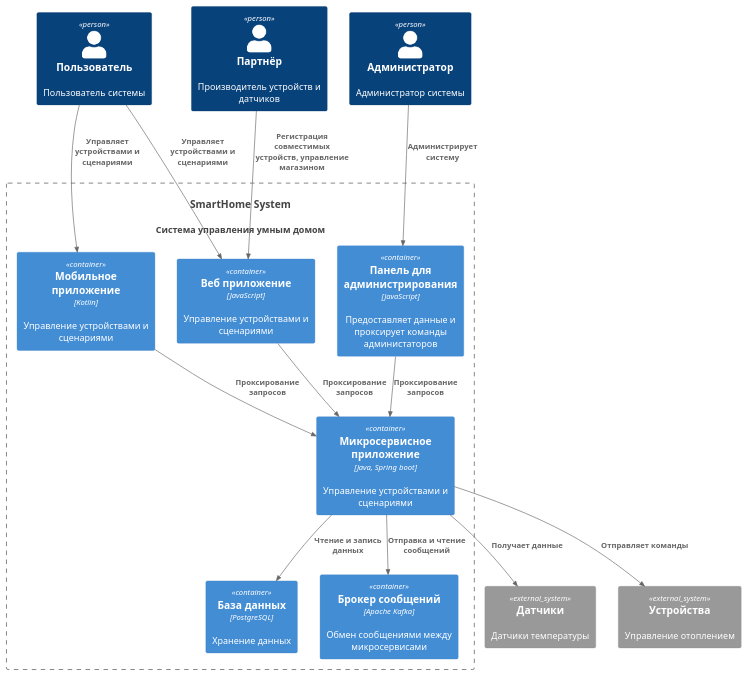
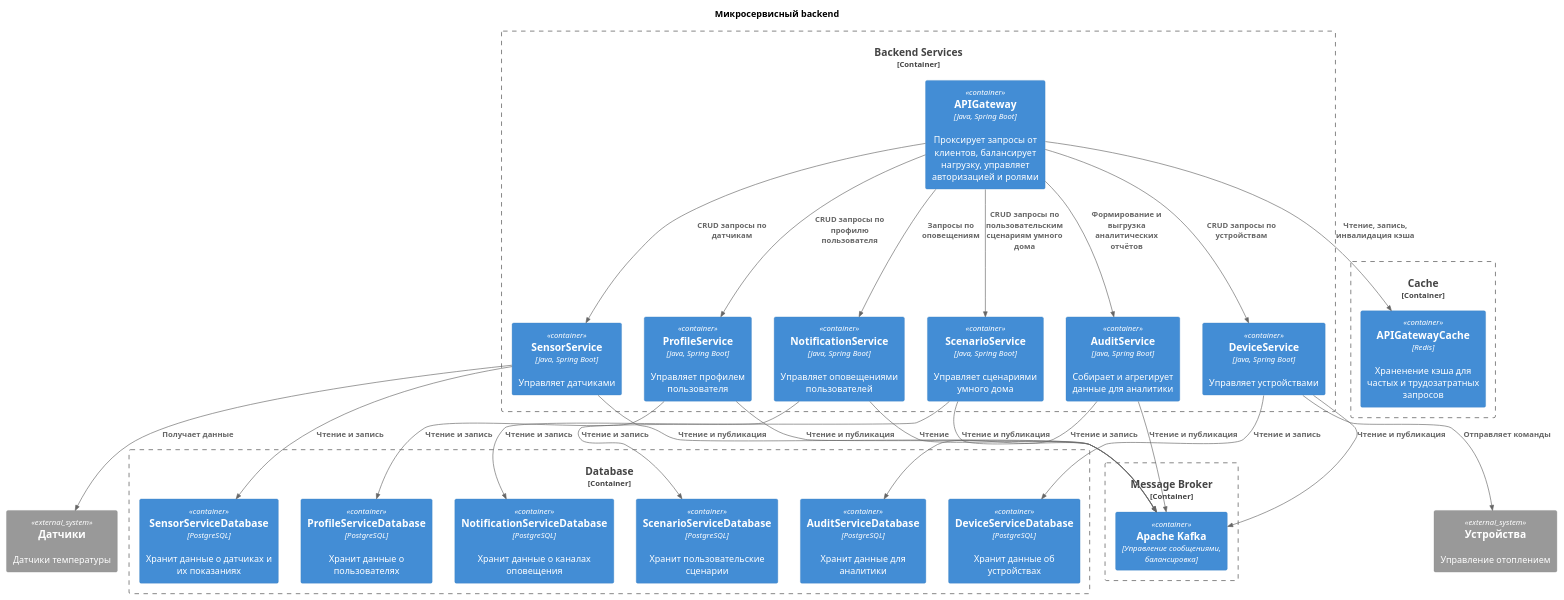
The diagram in puml/microservices/MicroserviceContainers.puml (romanKrdr/architecture-sprint-3), drawn with PlantUML before and after one commit. The commit also changed 4 other files, not shown here.

Commit message:
add C4 and ER diagramms for refactoring

```diff
--- a/puml/microservices/MicroserviceContainers.puml
+++ b/puml/microservices/MicroserviceContainers.puml
@@ -1,32 +1,61 @@
 @startuml
+title Микросервисный backend
+
 !includeurl https://raw.githubusercontent.com/RicardoNiepel/C4-PlantUML/master/C4_Component.puml
 
-Person(user, "Пользователь", "Пользователь системы")
-Person(admin, "Администратор", "Администратор системы")
-Person(partner, "Партнёр", "Производитель устройств и датчиков")
-System(smartHomeSystem, "SmartHome System", "Система управления умным домом")
+Container_Boundary(backend, "Backend Services") {
+Container(APIGateway, "APIGateway", "Java, Spring Boot", "Проксирует запросы от клиентов, балансирует нагрузку, управляет авторизацией и ролями")
+Container(SensorService, "SensorService", "Java, Spring Boot", "Управляет датчиками")
+Container(DeviceService, "DeviceService", "Java, Spring Boot", "Управляет устройствами")
+Container(ProfileService, "ProfileService", "Java, Spring Boot", "Управляет профилем пользователя")
+Container(ScenarioService, "ScenarioService", "Java, Spring Boot", "Управляет сценариями умного дома")
+Container(NotificationService, "NotificationService", "Java, Spring Boot", "Управляет оповещениями пользователей")
+Container(AuditService, "AuditService", "Java, Spring Boot", "Собирает и агрегирует данные для аналитики")
+}
 
-Container_Boundary(smartHomeSystem, "SmartHome System") {
-  Container(adminPanel, "Панель для администрирования", "JavaScript", "Предоставляет данные и проксирует команды администаторов")
-  Container(web, "Веб приложение", "JavaScript", "Управление устройствами и сценариями")
-  Container(mobile, "Мобильное приложение", "Kotlin", "Управление устройствами и сценариями")
-  Container(backend, "Микросервисное приложение", "Java, Spring boot", "Управление устройствами и сценариями")
-  Container(database, "База данных", "PostgreSQL", "Хранение данных")
-  Container(broker, "Брокер сообщений", "Apache Kafka", "Обмен сообщениями между микросервисами")
+Rel(APIGateway, SensorService, "CRUD запросы по датчикам")
+Rel(APIGateway, DeviceService, "CRUD запросы по устройствам")
+Rel(APIGateway, ProfileService, "CRUD запросы по профилю пользователя")
+Rel(APIGateway, ScenarioService, "CRUD запросы по пользовательским сценариям умного дома")
+Rel(APIGateway, NotificationService, "Запросы по оповещениям")
+Rel(APIGateway, AuditService, "Формирование и выгрузка аналитических отчётов")
+
+Container_Boundary(database, "Database") {
+Container(SensorServiceDatabase, "SensorServiceDatabase", "PostgreSQL", "Хранит данные о датчиках и их показаниях")
+Container(DeviceServiceDatabase, "DeviceServiceDatabase", "PostgreSQL", "Хранит данные об устройствах")
+Container(ProfileServiceDatabase, "ProfileServiceDatabase", "PostgreSQL", "Хранит данные о пользователях")
+Container(ScenarioServiceDatabase, "ScenarioServiceDatabase", "PostgreSQL", "Хранит пользовательские сценарии")
+Container(NotificationServiceDatabase, "NotificationServiceDatabase", "PostgreSQL", "Хранит данные о каналах оповещения")
+Container(AuditServiceDatabase, "AuditServiceDatabase", "PostgreSQL", "Хранит данные для аналитики")
 }
+
+Container_Boundary(cache, "Cache") {
+Container(redis, "APIGatewayCache", "Redis", "Храненение кэша для частых и трудозатратных запросов")
+}
+
+Rel(APIGateway, redis, "Чтение, запись, инвалидация кэша")
+Rel(SensorService, SensorServiceDatabase, "Чтение и запись")
+Rel(DeviceService, DeviceServiceDatabase, "Чтение и запись")
+Rel(ProfileService, ProfileServiceDatabase, "Чтение и запись")
+Rel(ScenarioService, ScenarioServiceDatabase, "Чтение и запись")
+Rel(NotificationService, NotificationServiceDatabase, "Чтение и запись")
+Rel(AuditService, AuditServiceDatabase, "Чтение и запись")
+
+Container_Boundary(broker, "Message Broker") {
+Container(kafka, "Apache Kafka", "Управление сообщениями, балансировка")
+}
+
+Rel(SensorService, kafka, "Чтение и публикация")
+Rel(DeviceService, kafka, "Чтение и публикация")
+Rel(ProfileService, kafka, "Чтение и публикация")
+Rel(ScenarioService, kafka, "Чтение и публикация")
+Rel(NotificationService, kafka, "Чтение")
+Rel(AuditService, kafka, "Чтение и публикация")
 
 System_Ext(sensor, "Датчики", "Датчики температуры")
 System_Ext(device, "Устройства", "Управление отоплением")
 
-Rel(user, web, "Управляет устройствами и сценариями")
-Rel(user, mobile, "Управляет устройствами и сценариями")
-Rel(admin, adminPanel, "Администрирует систему")
-Rel(partner, web, "Регистрация совместимых устройств, управление магазином")
-Rel(web, backend, "Проксирование запросов")
-Rel(mobile, backend, "Проксирование запросов")
-Rel(adminPanel, backend, "Проксирование запросов")
-Rel(backend, database, "Чтение и запись данных")
-Rel(backend, broker, "Отправка и чтение сообщений")
-Rel(backend, sensor, "Получает данные")
-Rel(backend, device, "Отправляет команды")
+Rel(SensorService, sensor, "Получает данные")
+Rel(DeviceService, device, "Отправляет команды")
+
 @enduml
```
